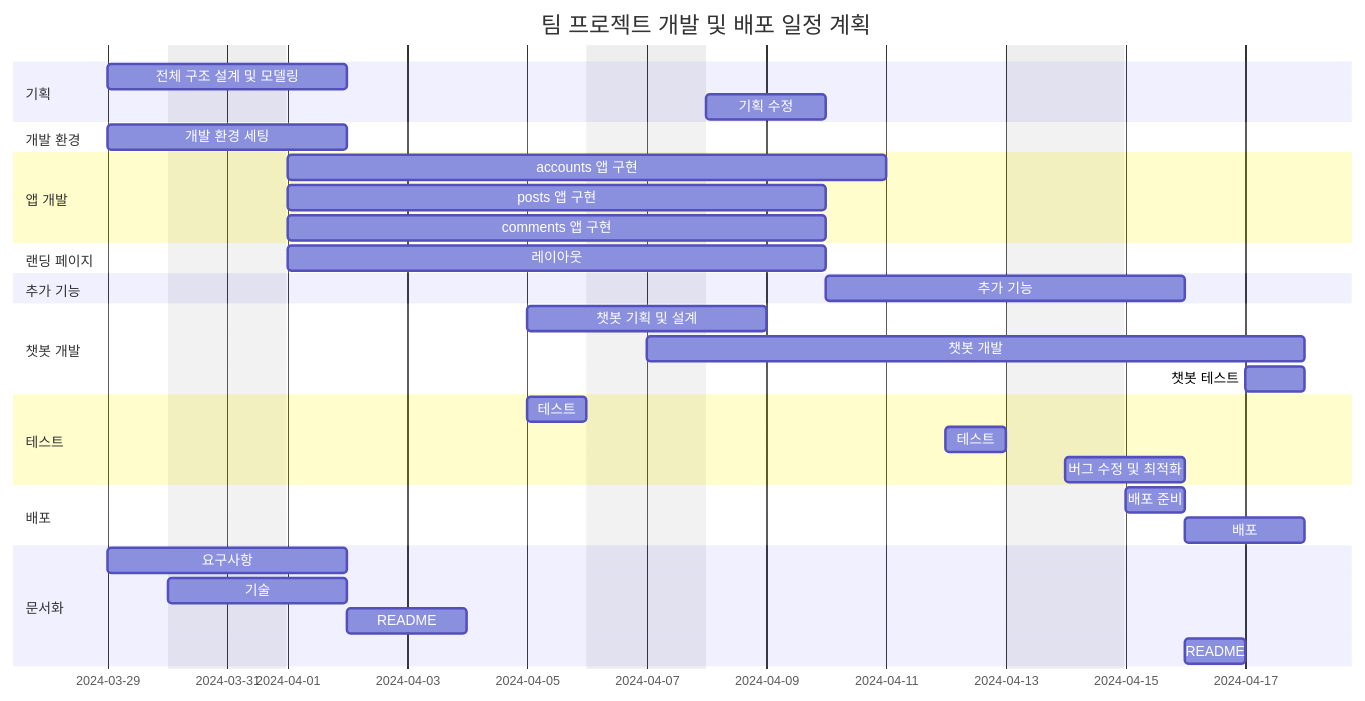
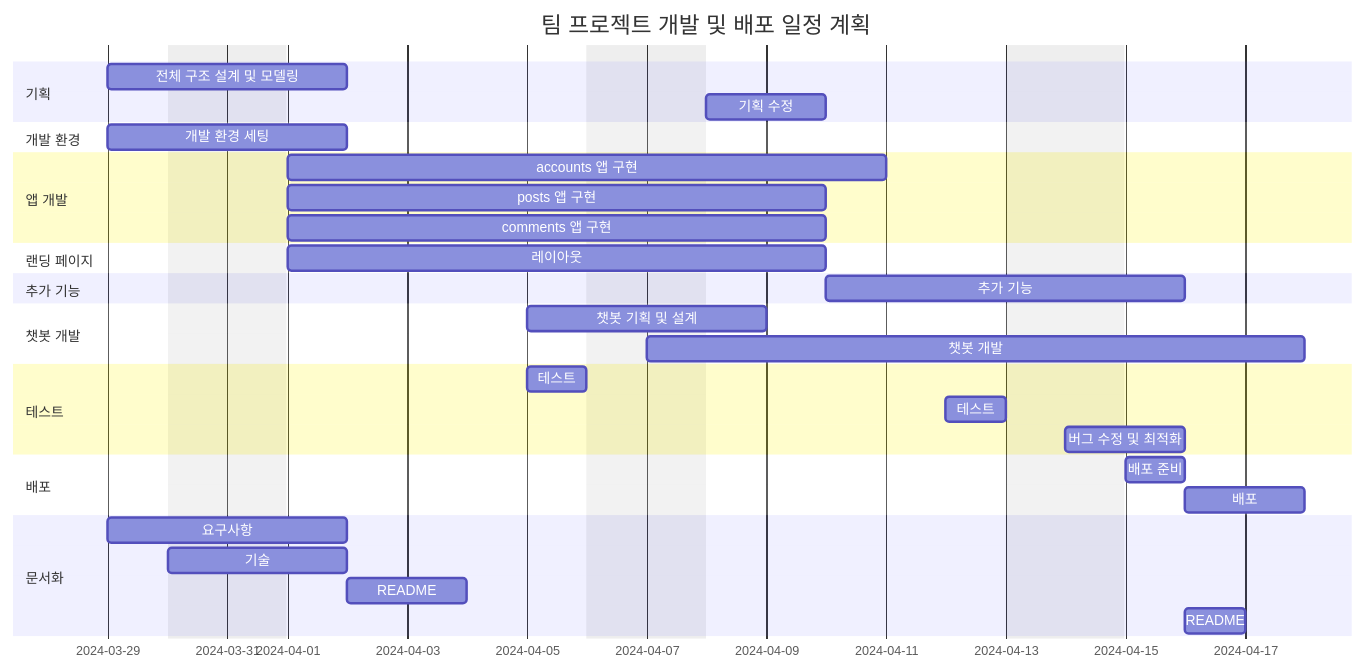
Before and after one commit to seungil1/recommand_tour: the third of 3 diagrams in README.md, drawn with Mermaid.

````diff
--- a/README.md
+++ b/README.md
@@ -84,46 +84,46 @@
 ```mermaid
 gantt
     dateFormat  YYYY-MM-DD
     title 팀 프로젝트 개발 및 배포 일정 계획
     excludes weekends
 
     section 기획
     전체 구조 설계 및 모델링 :des1, 2024-03-29, 2d
     기획 수정 : 2024-04-08, 2d
 
     section 개발 환경
     개발 환경 세팅 :set1, 2024-03-29, 2d
 
     section 앱 개발
     accounts 앱 구현 :acc1, 2024-04-01, 8d
     posts 앱 구현 :pos1, 2024-04-01, 7d
     comments 앱 구현 :com1, 2024-04-01, 7d
 
     section 랜딩 페이지
     레이아웃 :lan1, 2024-04-01, 7d
 
     section 추가 기능
     추가 기능 : 2024-04-10, 4d
 
     section 챗봇 개발
     챗봇 기획 및 설계 :chat1, 2024-04-05, 2d
     챗봇 개발 :chat2, 2024-04-07, 9d
-    챗봇 테스트 :chat3, 2024-04-17, 1d
+    
 
     section 테스트
     테스트 : 2024-04-05, 1d
     테스트 : 2024-04-12, 1d
     버그 수정 및 최적화 : 2024-04-14, 2d
 
     section 배포
     배포 준비 :deploy1, 2024-04-15, 1d
     배포 :deploy2, after deploy1, 2d
     
     section 문서화
     요구사항 : 2024-03-29, 1.5d
     기술 : 2024-03-30, 2d
     README : 2024-04-02, 2d
     README : doc1, 2024-04-16, 1d
 
 
 ```
````
